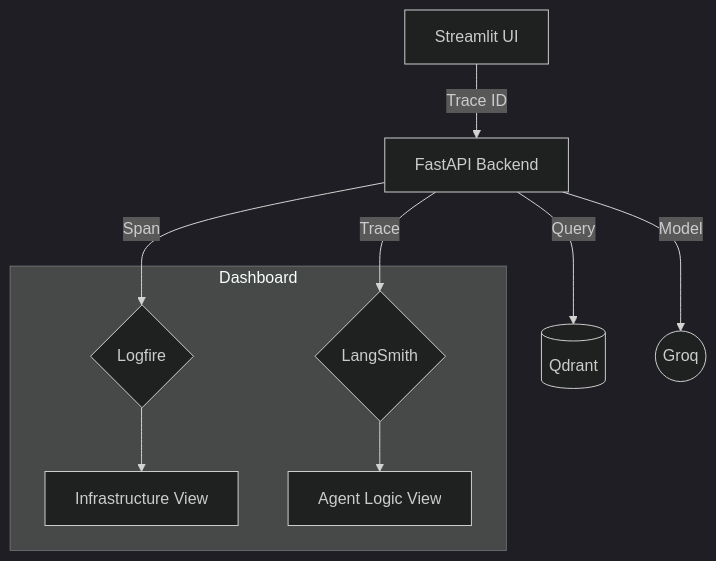
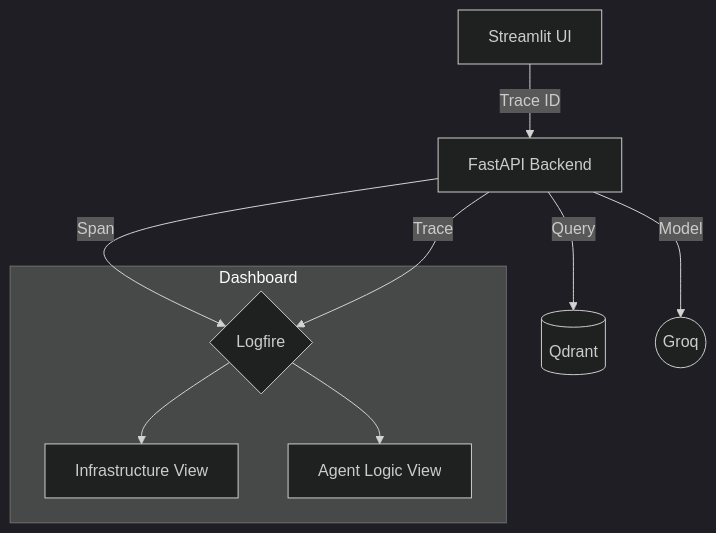
The diagram in DOCS/04_TRACING_AND_OBSERVABILITY.md (krishankumar63/Agentic-RAG), drawn with Mermaid (dark theme) before and after one commit. The commit also changed other lines of this file and 5 other files, not shown here.

````diff
--- a/DOCS/04_TRACING_AND_OBSERVABILITY.md
+++ b/DOCS/04_TRACING_AND_OBSERVABILITY.md
@@ -25,13 +30,13 @@
 ```mermaid
 graph TD
     UI[Streamlit UI] -->|Trace ID| Backend[FastAPI Backend]
     Backend -->|Span| Logfire{Logfire}
-    Backend -->|Trace| LangSmith{LangSmith}
+    Backend -->|Trace| Logfire{Logfire}
     Backend -->|Query| Qdrant[(Qdrant)]
     Backend -->|Model| Groq((Groq))
-    
+
     subgraph Dashboard
         Logfire --> LView[Infrastructure View]
-        LangSmith --> AView[Agent Logic View]
+        Logfire --> AView[Agent Logic View]
     end
 ```
````
